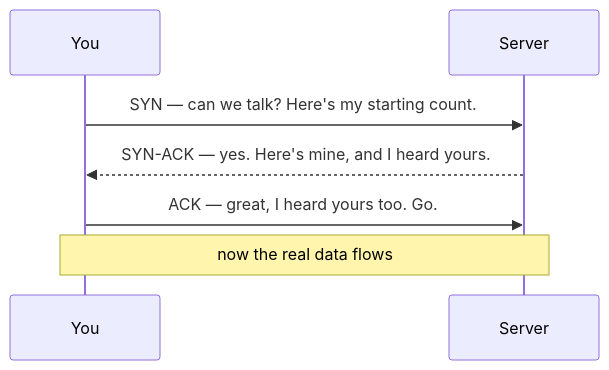
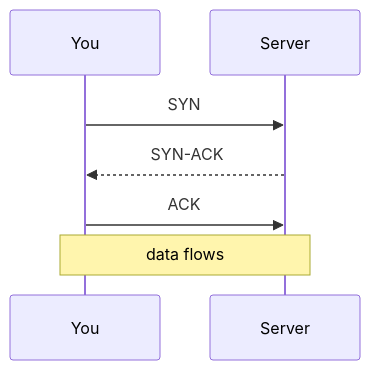
One commit to Topurrra/themissingmanual changed the first of 3 diagrams in guides/tcp-ip-model/03-tcp-udp-and-the-round-trip.md. Above: the diagram before and after it, drawn with Mermaid. The commit also changed other lines of this file and 15 other files, not shown here.

Commit message:
fixed mermaid diagrams

````diff
--- a/guides/tcp-ip-model/03-tcp-udp-and-the-round-trip.md
+++ b/guides/tcp-ip-model/03-tcp-udp-and-the-round-trip.md
@@ -24,9 +24,9 @@
 ```mermaid
 sequenceDiagram
   participant You
   participant Server
-  You->>Server: SYN — can we talk? Here's my starting count.
-  Server-->>You: SYN-ACK — yes. Here's mine, and I heard yours.
-  You->>Server: ACK — great, I heard yours too. Go.
-  Note over You,Server: now the real data flows
+  You->>Server: SYN
+  Server-->>You: SYN-ACK
+  You->>Server: ACK
+  Note over You,Server: data flows
 ```
````
